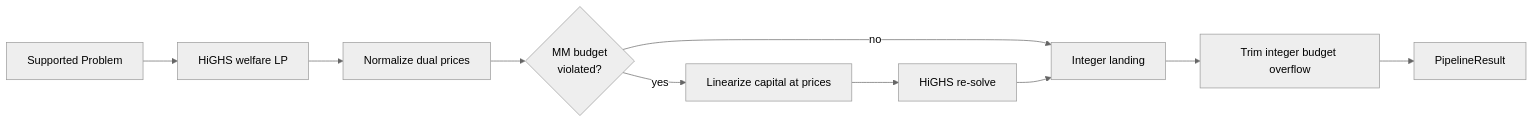
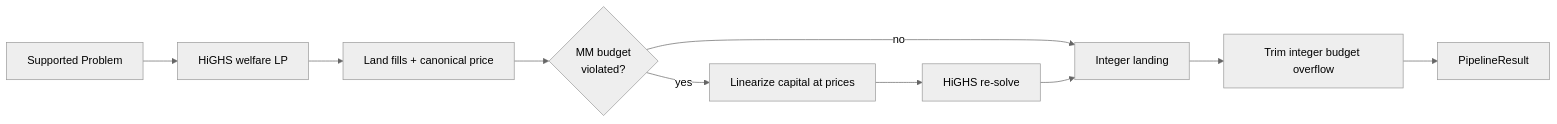
Before and after one commit to MetaB0y/sybil: the diagram in docs/architecture/02-matching/LP Solver.md, drawn with Mermaid (neutral theme). The commit also changed other lines of this file and 35 other files, not shown here.

````diff
--- a/docs/architecture/02-matching/LP Solver.md
+++ b/docs/architecture/02-matching/LP Solver.md
@@ -14,12 +19,12 @@
 ```mermaid
 flowchart LR
     P["Supported Problem"] --> LP1["HiGHS welfare LP"]
-    LP1 --> PRICE["Normalize dual prices"]
+    LP1 --> PRICE["Land fills + canonical price"]
     PRICE --> CHECK{"MM budget<br/>violated?"}
     CHECK -->|"no"| LAND["Integer landing"]
     CHECK -->|"yes"| LINEAR["Linearize capital at prices"]
     LINEAR --> LP2["HiGHS re-solve"]
     LP2 --> LAND
     LAND --> TRIM["Trim integer budget overflow"]
     TRIM --> OUT["PipelineResult"]
 ```
````
